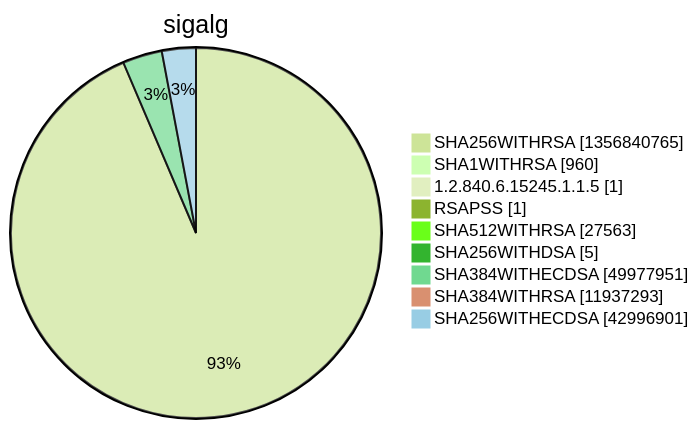
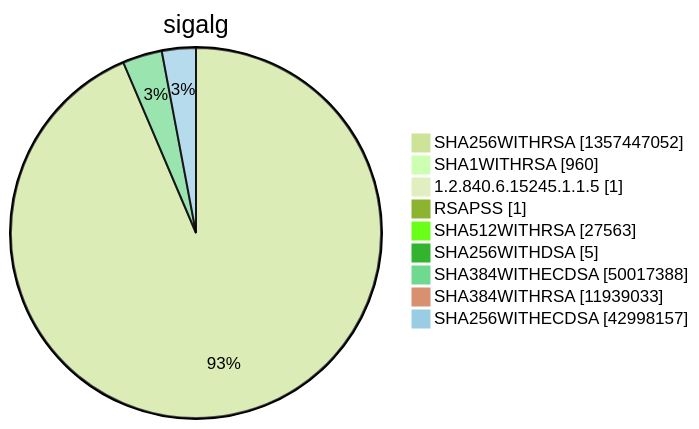
One commit to christiankrug/ctmonitor_visualization changed diagram 15 of 15 in argon2022/README.md. Above: the diagram before and after it, drawn with Mermaid (forest theme). The commit also changed other lines of this file, not shown here.

````diff
--- a/argon2022/README.md
+++ b/argon2022/README.md
@@ -5524,13 +5524,13 @@
 ```mermaid
 pie showData
 title sigalg
-"SHA256WITHRSA" :1356840765
+"SHA256WITHRSA" :1357447052
 "SHA1WITHRSA" :960
 "1.2.840.6.15245.1.1.5" :1
 "RSAPSS" :1
 "SHA512WITHRSA" :27563
 "SHA256WITHDSA" :5
-"SHA384WITHECDSA" :49977951
-"SHA384WITHRSA" :11937293
-"SHA256WITHECDSA" :42996901
+"SHA384WITHECDSA" :50017388
+"SHA384WITHRSA" :11939033
+"SHA256WITHECDSA" :42998157
 ```
````
